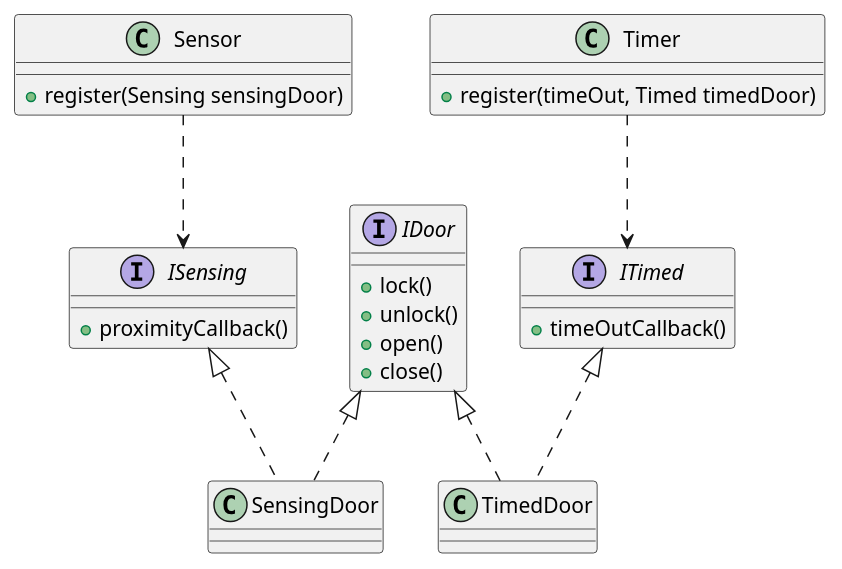
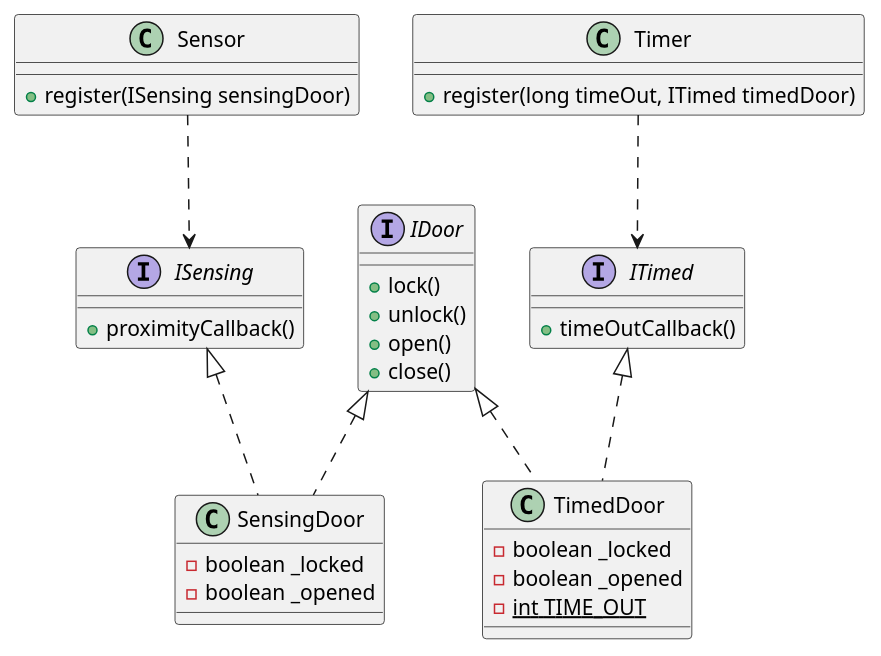
One commit to RaedAddala/SOLID changed the diagram in ISP/src/com/directi/training/isp/solution/diagram.puml. Above: the diagram before and after it, drawn with PlantUML. The commit also changed 4 other files, not shown here.

```diff
--- a/ISP/src/com/directi/training/isp/solution/diagram.puml
+++ b/ISP/src/com/directi/training/isp/solution/diagram.puml
@@ -1,37 +1,42 @@
 @startuml solutionISP
 interface IDoor {
     + lock()
     + unlock()
     + open()
     + close()
 }
 
 interface ITimed {
     + timeOutCallback()
 }
 
 interface ISensing {
     + proximityCallback()
 }
 
 class SensingDoor {
+    - boolean _locked
+    - boolean _opened
 }
 
 class TimedDoor {
+    - boolean _locked
+    - boolean _opened
+    - {static} int TIME_OUT
 }
 
 class Sensor {
-    + register(Sensing sensingDoor)
+    + register(ISensing sensingDoor)
 }
 
 class Timer {
-    + register(timeOut, Timed timedDoor)
+    + register(long timeOut, ITimed timedDoor)
 }
 
 IDoor <|.. SensingDoor
 IDoor <|.. TimedDoor
 ISensing <|.. SensingDoor
 ITimed <|.. TimedDoor
 Sensor ..> ISensing
 Timer ..> ITimed
 @enduml
```
